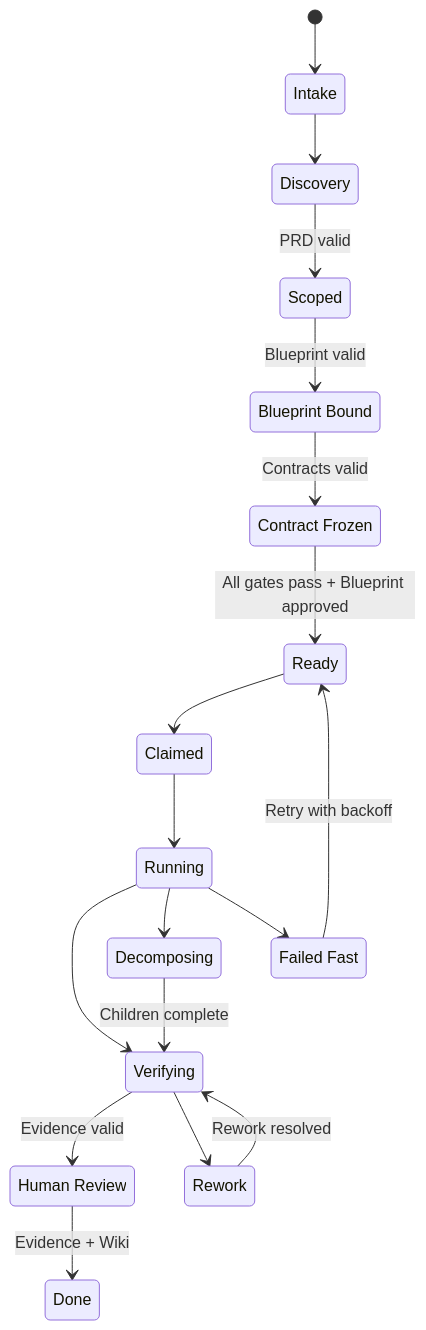
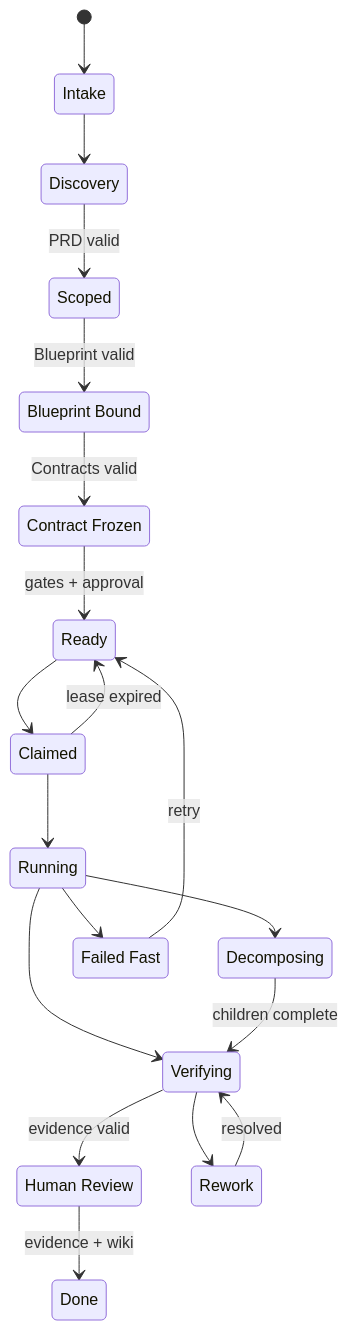
Before and after one commit to mir-makeitreal/makeitreal: the second of 3 diagrams in README.md, drawn with Mermaid. The commit also changed other lines of this file and 19 other files, not shown here.

````diff
--- a/README.md
+++ b/README.md
@@ -103,25 +119,26 @@
 ```mermaid
 stateDiagram-v2
     [*] --> Intake
     Intake --> Discovery
     Discovery --> Scoped : PRD valid
     Scoped --> BlueprintBound : Blueprint valid
     BlueprintBound --> ContractFrozen : Contracts valid
-    ContractFrozen --> Ready : All gates pass + Blueprint approved
+    ContractFrozen --> Ready : gates + approval
     Ready --> Claimed
     Claimed --> Running
+    Claimed --> Ready : lease expired
     Running --> Verifying
     Running --> Decomposing
     Running --> FailedFast
-    Decomposing --> Verifying : Children complete
-    FailedFast --> Ready : Retry with backoff
-    Verifying --> HumanReview : Evidence valid
+    Decomposing --> Verifying : children complete
+    FailedFast --> Ready : retry
+    Verifying --> HumanReview : evidence valid
     Verifying --> Rework
-    Rework --> Verifying : Rework resolved
-    HumanReview --> Done : Evidence + Wiki
+    Rework --> Verifying : resolved
+    HumanReview --> Done : evidence + wiki
 
     state "Blueprint Bound" as BlueprintBound
     state "Contract Frozen" as ContractFrozen
     state "Failed Fast" as FailedFast
     state "Human Review" as HumanReview
 ```
````
